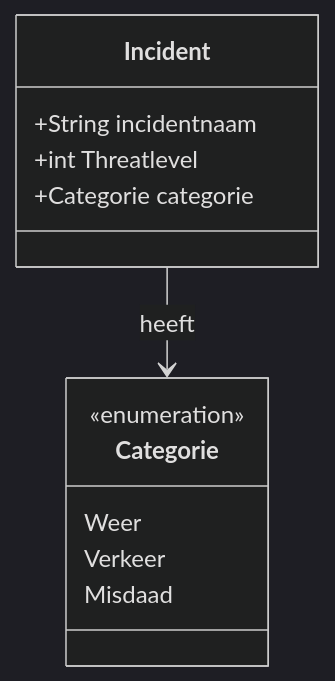
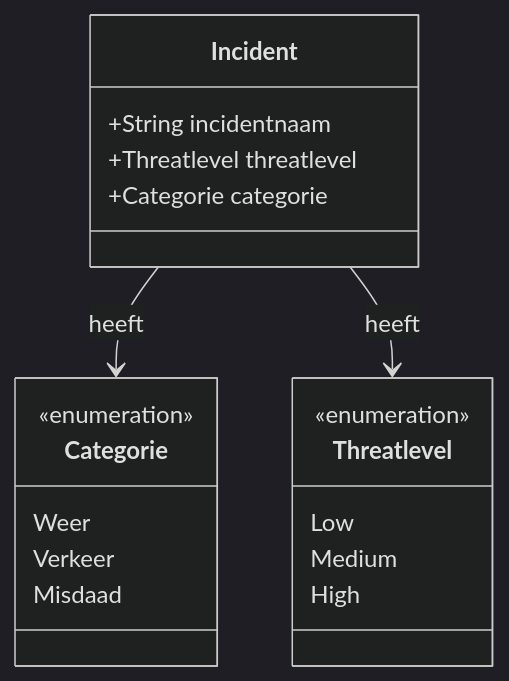
One commit to Broken-Lad/Smart-city-incident-response-platform changed the diagram in documentatie/UML-diagram.md. Above: the diagram before and after it, drawn with Mermaid (dark theme).

````diff
--- a/documentatie/UML-diagram.md
+++ b/documentatie/UML-diagram.md
@@ -1,17 +1,25 @@
 ```mermaid
 classDiagram
     class Incident {
         +String incidentnaam
-        +int Threatlevel
+        +Threatlevel threatlevel
         +Categorie categorie
     }
 
     class Categorie {
         <<enumeration>> 
         Weer
         Verkeer
         Misdaad
     }
 
+    class Threatlevel {
+        <<enumeration>>
+        Low
+        Medium
+        High
+    }
+
     Incident --> Categorie : heeft
+    Incident --> Threatlevel : heeft
 ```
````
